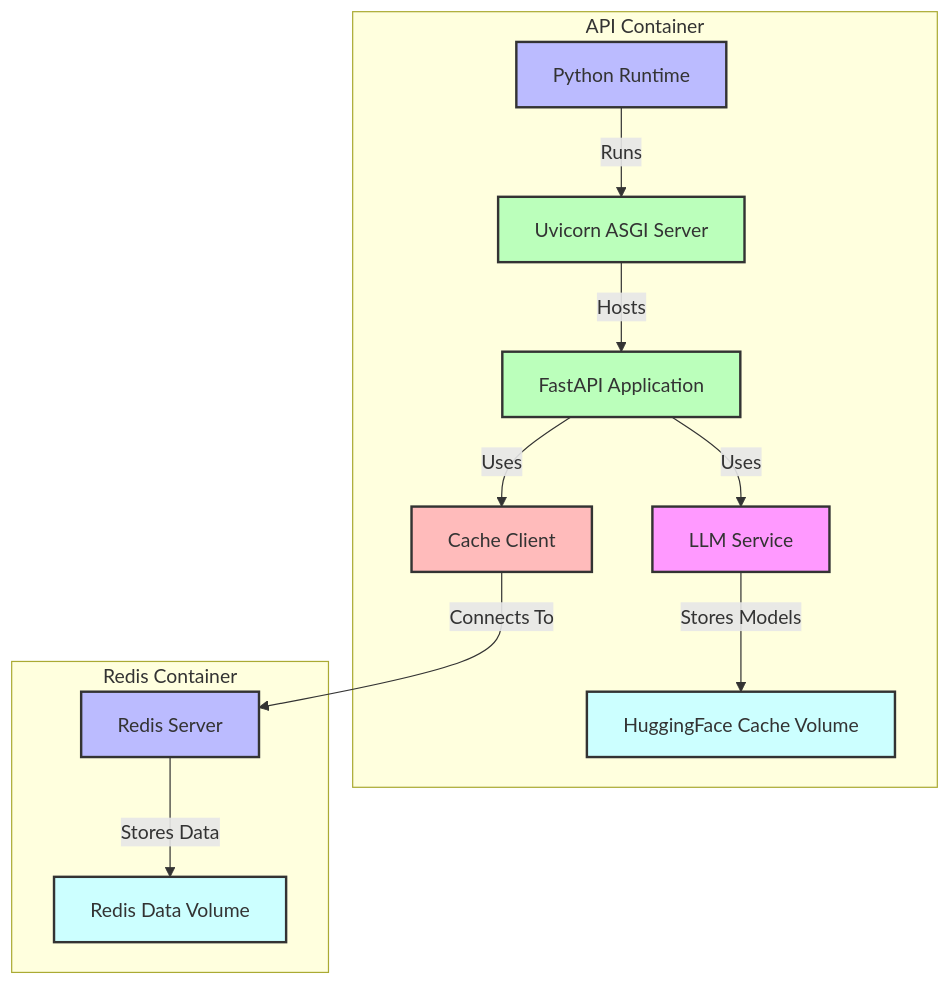
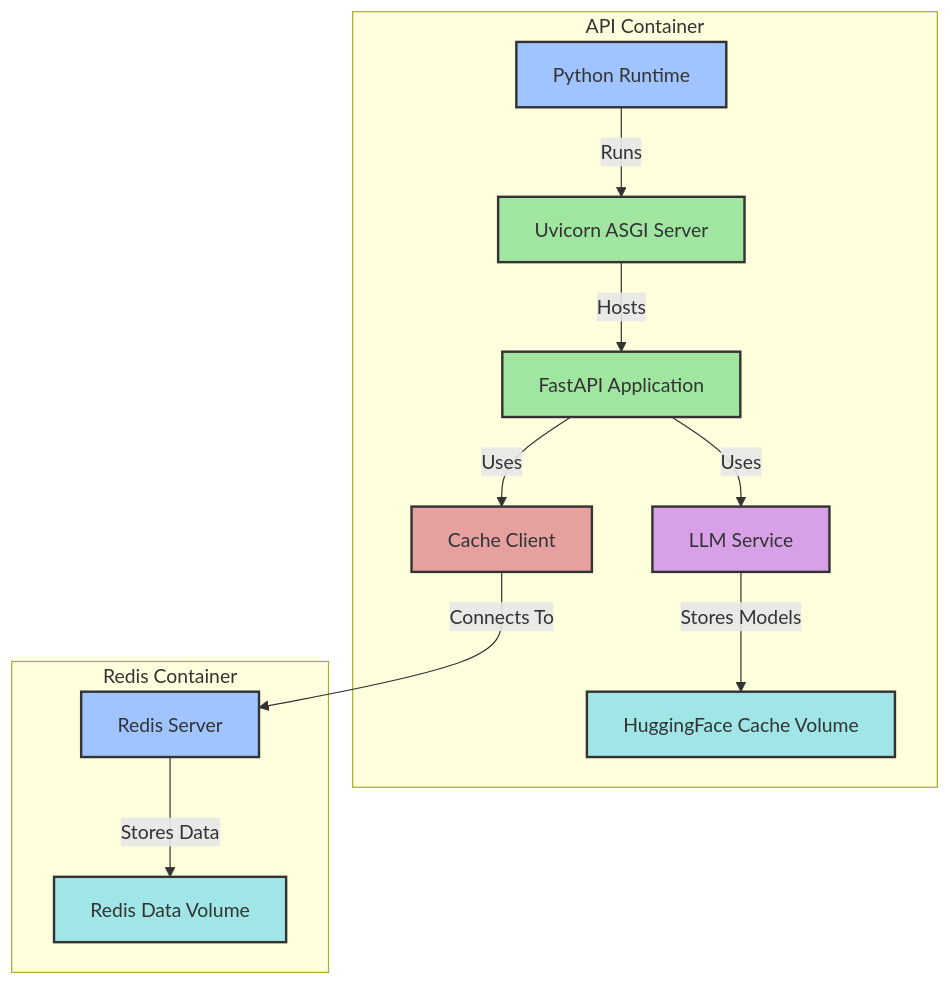
Before and after one commit to SoundMindsAI/ai_examples: the fifth of 5 diagrams in An_LLM_Query_Understanding_Service/README.md, drawn with Mermaid. The commit also changed other lines of this file, not shown here.

Commit message:
Add model comparison section and update diagrams with new color scheme

````diff
--- a/An_LLM_Query_Understanding_Service/README.md
+++ b/An_LLM_Query_Understanding_Service/README.md
@@ -183,25 +205,25 @@
 ```mermaid
 graph TB
     subgraph "API Container"
         Python[Python Runtime] -->|Runs| Uvicorn[Uvicorn ASGI Server]
         Uvicorn -->|Hosts| FastAPI[FastAPI Application]
         FastAPI -->|Uses| LLM[LLM Service]
         FastAPI -->|Uses| Cache[Cache Client]
         LLM -->|Stores Models| Volume1[HuggingFace Cache Volume]
     end
     
     subgraph "Redis Container"
         Redis[Redis Server] -->|Stores Data| Volume2[Redis Data Volume]
     end
     
     Cache -->|Connects To| Redis
     
-    style Python fill:#bbf,stroke:#333,stroke-width:2px
-    style Uvicorn fill:#bfb,stroke:#333,stroke-width:2px
-    style FastAPI fill:#bfb,stroke:#333,stroke-width:2px
-    style LLM fill:#f9f,stroke:#333,stroke-width:2px
-    style Cache fill:#fbb,stroke:#333,stroke-width:2px
-    style Redis fill:#bbf,stroke:#333,stroke-width:2px
-    style Volume1 fill:#cff,stroke:#333,stroke-width:2px
-    style Volume2 fill:#cff,stroke:#333,stroke-width:2px
+    style Python fill:#a0c4ff,stroke:#333,stroke-width:2px
+    style Uvicorn fill:#a0e6a0,stroke:#333,stroke-width:2px
+    style FastAPI fill:#a0e6a0,stroke:#333,stroke-width:2px
+    style LLM fill:#d8a0e6,stroke:#333,stroke-width:2px
+    style Cache fill:#e6a0a0,stroke:#333,stroke-width:2px
+    style Redis fill:#a0c4ff,stroke:#333,stroke-width:2px
+    style Volume1 fill:#a0e6e6,stroke:#333,stroke-width:2px
+    style Volume2 fill:#a0e6e6,stroke:#333,stroke-width:2px
 ```
````
